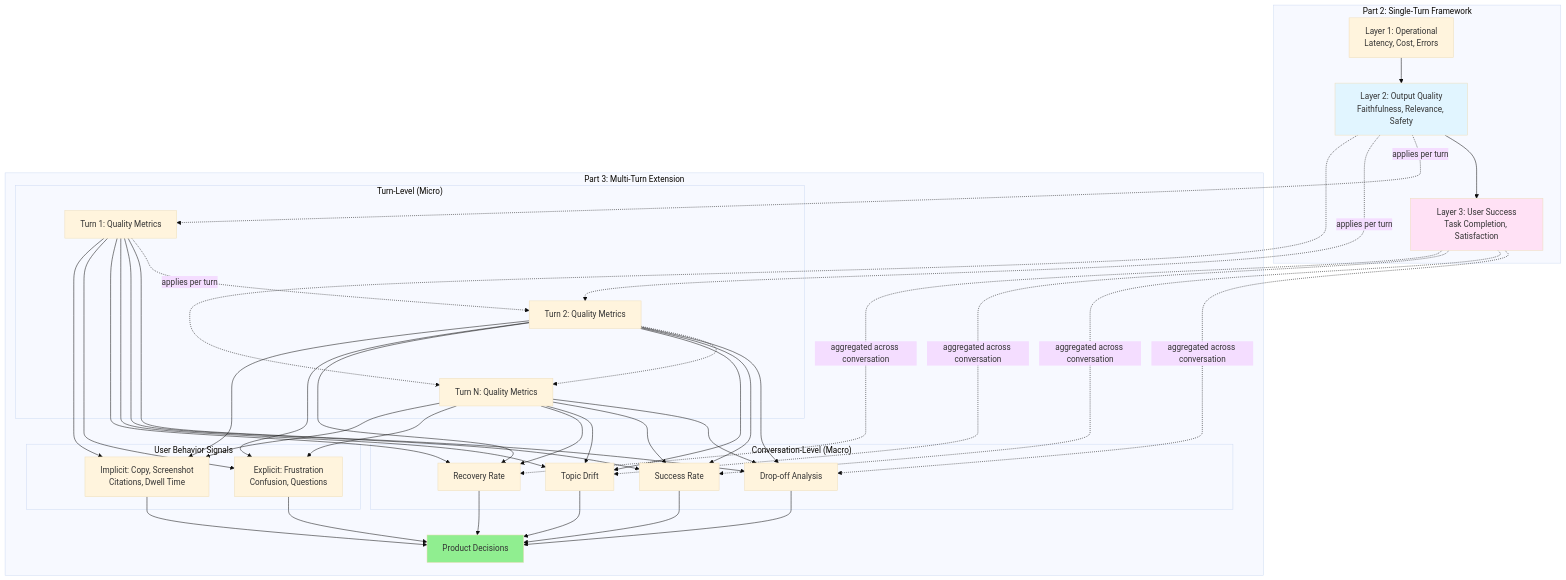
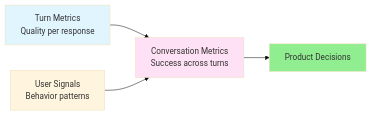
The second of 2 diagrams in docs/writing/posts/agent-metrics-for-engineers.md (NirantK/nirantk.github.io), drawn with Mermaid (base theme) before and after one commit. The commit also changed other lines of this file, not shown here.

Commit message:
simplify the mermaid diagram

````diff
--- a/docs/writing/posts/agent-metrics-for-engineers.md
+++ b/docs/writing/posts/agent-metrics-for-engineers.md
@@ -171,44 +185,14 @@
 ```mermaid
-graph TB
-    subgraph "Part 2: Single-Turn Framework"
-        L1[Layer 1: Operational<br/>Latency, Cost, Errors]
-        L2[Layer 2: Output Quality<br/>Faithfulness, Relevance, Safety]
-        L3[Layer 3: User Success<br/>Task Completion, Satisfaction]
-        L1 --> L2
-        L2 --> L3
-    end
+graph LR
+    Turn[Turn Metrics<br/>Quality per response]
+    Conv[Conversation Metrics<br/>Success across turns]
+    Signals[User Signals<br/>Behavior patterns]
 
-    subgraph "Part 3: Multi-Turn Extension"
-        subgraph "Turn-Level (Micro)"
-            T1[Turn 1: Quality Metrics]
-            T2[Turn 2: Quality Metrics]
-            T3[Turn N: Quality Metrics]
-            T1 -.-> T2
-            T2 -.-> T3
-        end
+    Turn --> Conv
+    Signals --> Conv
+    Conv --> Insights[Product Decisions]
 
-        subgraph "Conversation-Level (Macro)"
-            C1[Drop-off Analysis]
-            C2[Success Rate]
-            C3[Topic Drift]
-            C4[Recovery Rate]
-        end
-
-        subgraph "User Behavior Signals"
-            E1[Explicit: Frustration<br/>Confusion, Questions]
-            I1[Implicit: Copy, Screenshot<br/>Citations, Dwell Time]
-        end
-
-        T1 & T2 & T3 --> C1 & C2 & C3 & C4
-        T1 & T2 & T3 --> E1 & I1
-        C1 & C2 & C3 & C4 --> Decision[Product Decisions]
-        E1 & I1 --> Decision
-    end
-
-    L2 -.applies per turn.-> T1 & T2 & T3
-    L3 -.aggregated across conversation.-> C1 & C2 & C3 & C4
-
-    style L2 fill:#e1f5ff
-    style L3 fill:#ffe1f5
-    style Decision fill:#90EE90
+    style Turn fill:#e1f5ff
+    style Conv fill:#ffe1f5
+    style Insights fill:#90EE90
 ```
````
